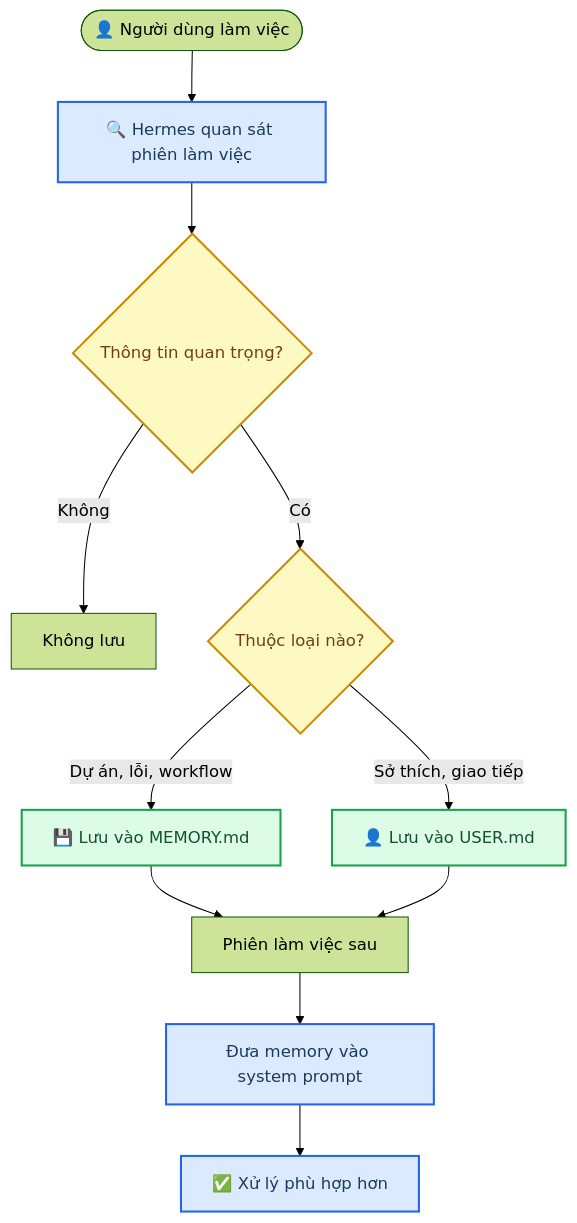
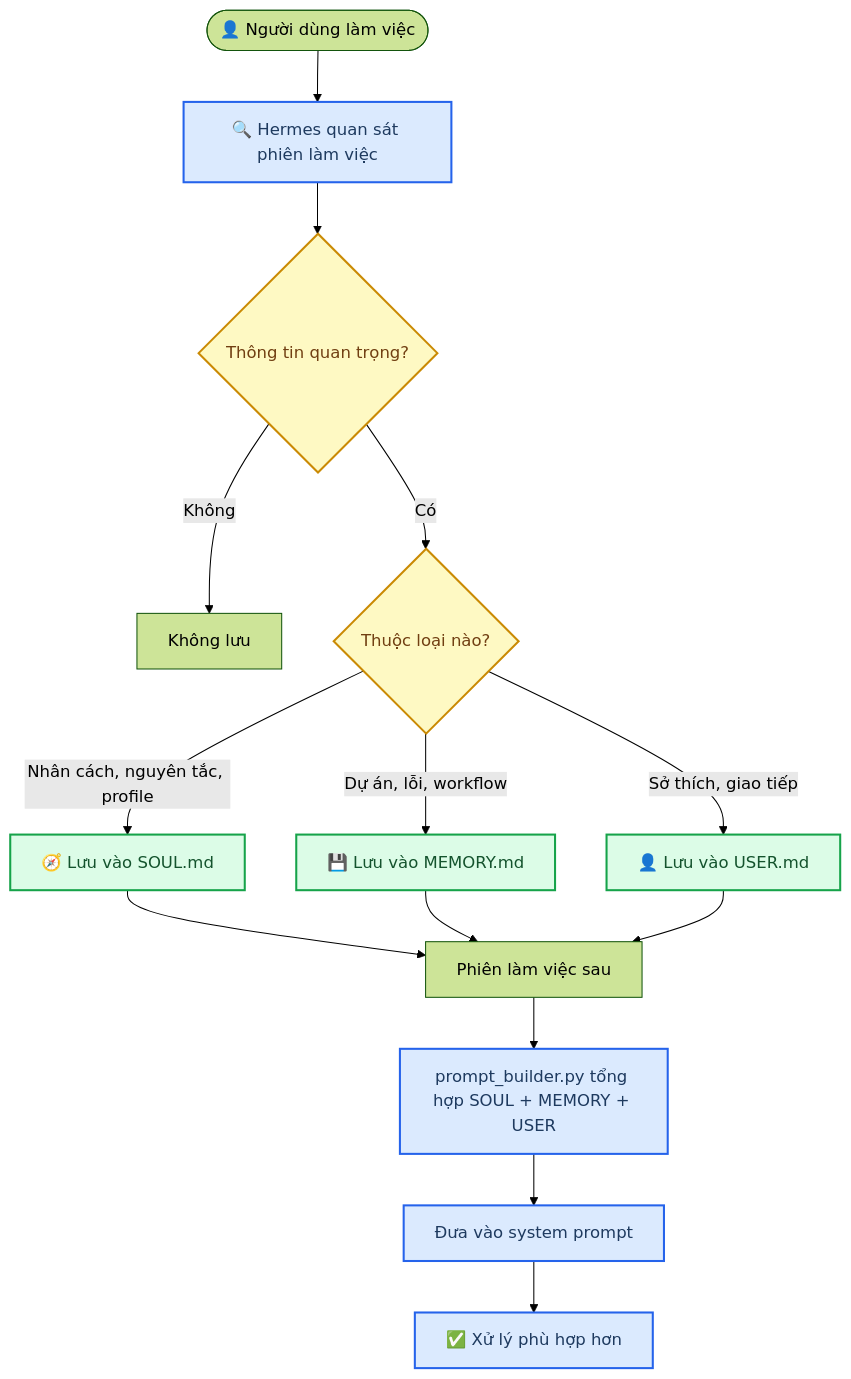
One commit to lamvu-ha/Hermes_From-theory-to-practice changed the second of 9 diagrams in README.md. Above: the diagram before and after it, drawn with Mermaid (forest theme). The commit also changed other lines of this file, not shown here.

Commit message:
Integrate SOUL into memory flow

````diff
--- a/README.md
+++ b/README.md
@@ -84,24 +84,27 @@
 ```mermaid
 flowchart TD
     accTitle: Hermes Memory Flow
     accDescr: Flow showing how Hermes decides whether information should be saved into memory and how it is reused in later sessions
 
     user_work([👤 Người dùng làm việc]) --> observe[🔍 Hermes quan sát phiên làm việc]
     observe --> important{Thông tin quan trọng?}
     important -->|Không| skip[Không lưu]
     important -->|Có| classify{Thuộc loại nào?}
+    classify -->|Nhân cách, nguyên tắc, profile| soul_memory[🧭 Lưu vào SOUL.md]
     classify -->|Dự án, lỗi, workflow| project_memory[💾 Lưu vào MEMORY.md]
     classify -->|Sở thích, giao tiếp| user_memory[👤 Lưu vào USER.md]
+    soul_memory --> next_session[Phiên làm việc sau]
     project_memory --> next_session[Phiên làm việc sau]
     user_memory --> next_session
-    next_session --> prompt[Đưa memory vào system prompt]
+    next_session --> prompt_builder[prompt_builder.py tổng hợp SOUL + MEMORY + USER]
+    prompt_builder --> prompt[Đưa vào system prompt]
     prompt --> better[✅ Xử lý phù hợp hơn]
 
     classDef decision fill:#fef9c3,stroke:#ca8a04,stroke-width:2px,color:#713f12
     classDef data fill:#dcfce7,stroke:#16a34a,stroke-width:2px,color:#14532d
     classDef process fill:#dbeafe,stroke:#2563eb,stroke-width:2px,color:#1e3a5f
 
     class important,classify decision
-    class project_memory,user_memory data
-    class observe,prompt,better process
+    class soul_memory,project_memory,user_memory data
+    class observe,prompt_builder,prompt,better process
 ```
````
